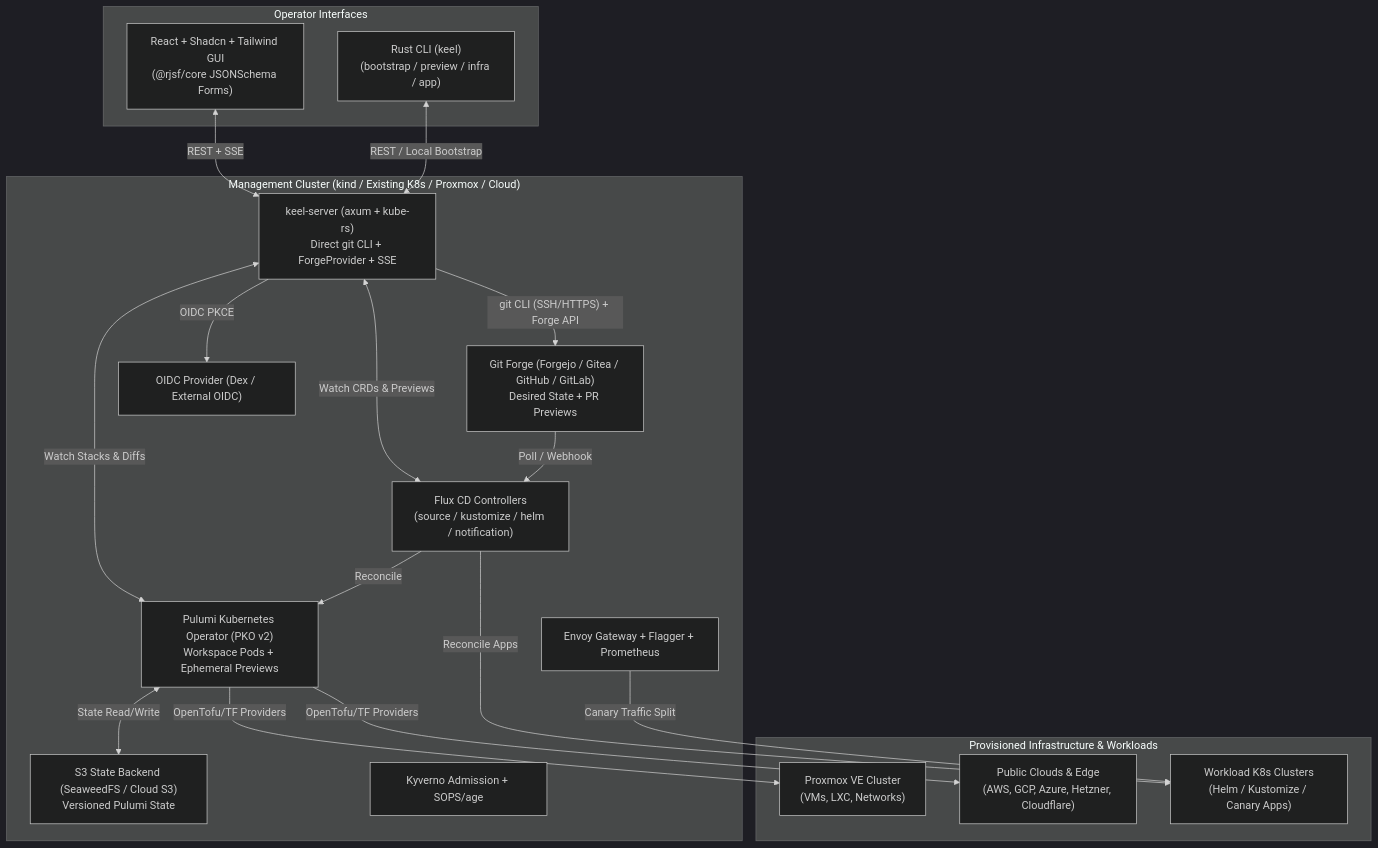
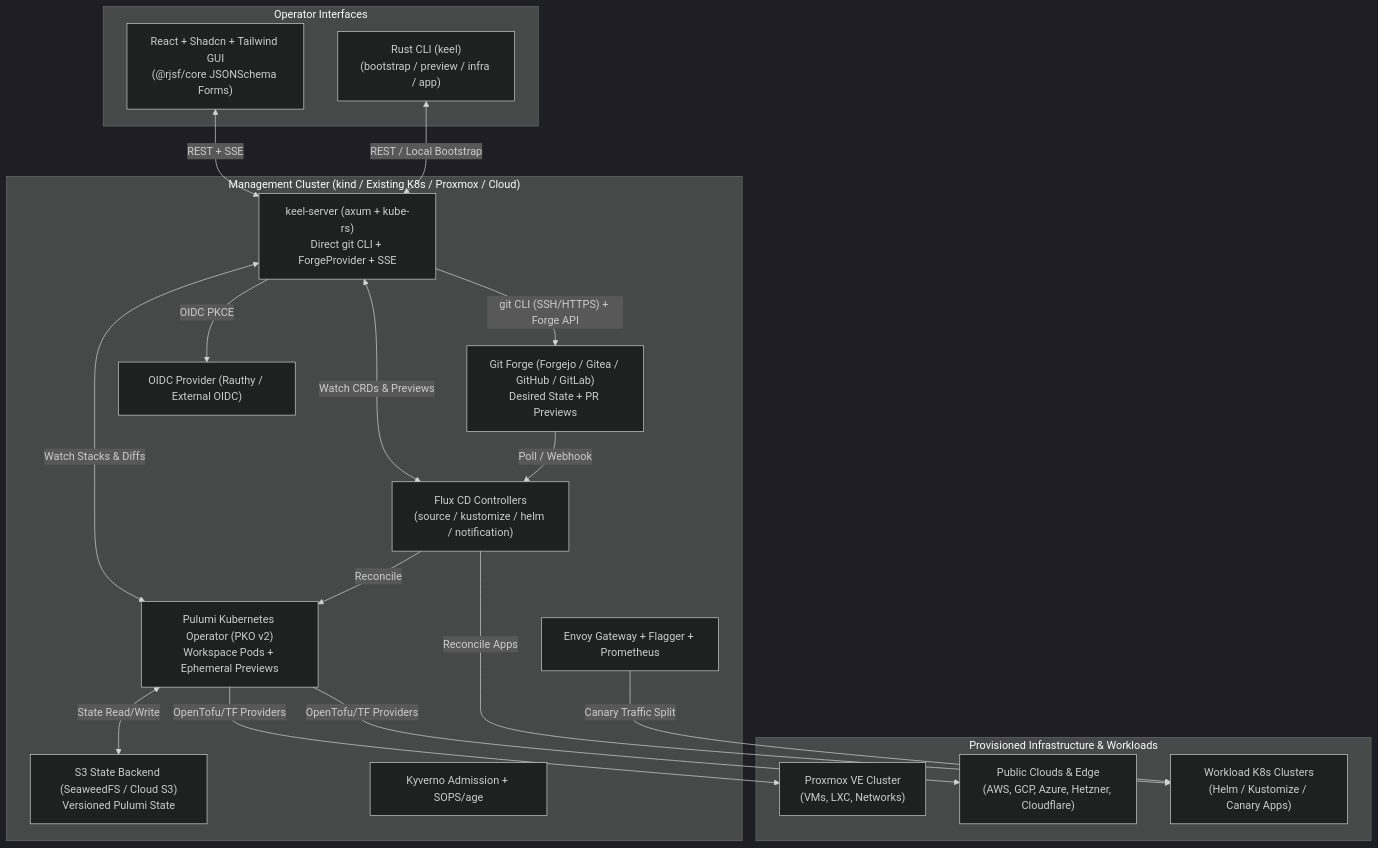
Before and after one commit to rdylanwalker/keel: the diagram in README.md, drawn with Mermaid (dark theme). The commit also changed other lines of this file and 3 other files, not shown here.

Commit message:
docs: document OIDC tenant group mapping and Rauthy setup

````diff
--- a/README.md
+++ b/README.md
@@ -94,38 +94,38 @@
 ```mermaid
 flowchart TB
     subgraph Clients["Operator Interfaces"]
         GUI["React + Shadcn + Tailwind GUI<br/>(@rjsf/core JSONSchema Forms)"]
         CLI["Rust CLI (keel)<br/>(bootstrap / preview / infra / app)"]
     end
 
     subgraph ControlPlane["Management Cluster (kind / Existing K8s / Proxmox / Cloud)"]
         API["keel-server (axum + kube-rs)<br/>Direct git CLI + ForgeProvider + SSE"]
         S3["S3 State Backend (SeaweedFS / Cloud S3)<br/>Versioned Pulumi State"]
         FORGE["Git Forge (Forgejo / Gitea / GitHub / GitLab)<br/>Desired State + PR Previews"]
-        OIDC["OIDC Provider (Dex / External OIDC)"]
+        OIDC["OIDC Provider (Rauthy / External OIDC)"]
         FLUX["Flux CD Controllers<br/>(source / kustomize / helm / notification)"]
         PKO["Pulumi Kubernetes Operator (PKO v2)<br/>Workspace Pods + Ephemeral Previews"]
         GUARD["Kyverno Admission + SOPS/age"]
         ENVOY["Envoy Gateway + Flagger + Prometheus"]
     end
 
     subgraph Targets["Provisioned Infrastructure & Workloads"]
         PVE["Proxmox VE Cluster<br/>(VMs, LXC, Networks)"]
         CLOUD["Public Clouds & Edge<br/>(AWS, GCP, Azure, Hetzner, Cloudflare)"]
         W_K8S["Workload K8s Clusters<br/>(Helm / Kustomize / Canary Apps)"]
     end
 
     GUI <-->|"REST + SSE"| API
     CLI <-->|"REST / Local Bootstrap"| API
     API -->|"OIDC PKCE"| OIDC
     API -->|"git CLI (SSH/HTTPS) + Forge API"| FORGE
     API <-->|"Watch CRDs & Previews"| FLUX
     API <-->|"Watch Stacks & Diffs"| PKO
     FORGE -->|"Poll / Webhook"| FLUX
     FLUX -->|"Reconcile"| PKO
     FLUX -->|"Reconcile Apps"| W_K8S
     PKO <-->|"State Read/Write"| S3
     PKO -->|"OpenTofu/TF Providers"| PVE
     PKO -->|"OpenTofu/TF Providers"| CLOUD
     ENVOY -->|"Canary Traffic Split"| W_K8S
 ```
````
